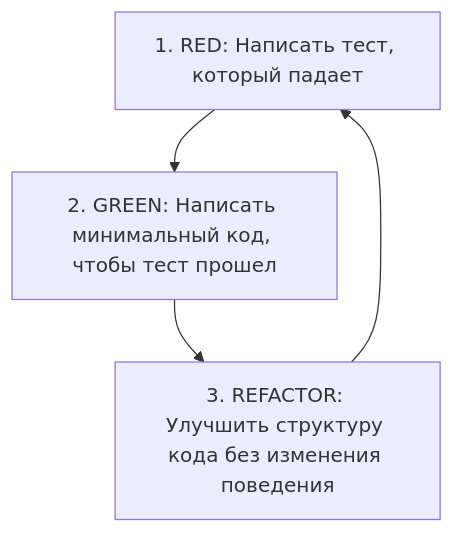
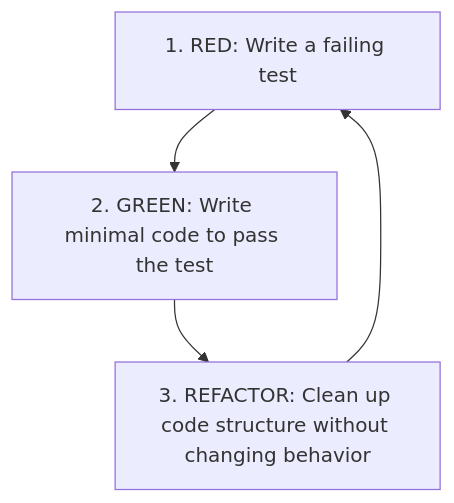
The diagram in .antigravitycli/styles/testing_style.md (Sir-Derryk/Pipeline), drawn with Mermaid before and after one commit. The commit also changed other lines of this file and 6 other files, not shown here.

````diff
--- a/.antigravitycli/styles/testing_style.md
+++ b/.antigravitycli/styles/testing_style.md
@@ -15,6 +15,6 @@
 ```mermaid
 graph TD
-    RED[1. RED: Написать тест, который падает] --> GREEN[2. GREEN: Написать минимальный код, чтобы тест прошел]
-    GREEN --> REFACTOR[3. REFACTOR: Улучшить структуру кода без изменения поведения]
+    RED["1. RED: Write a failing test"] --> GREEN["2. GREEN: Write minimal code to pass the test"]
+    GREEN --> REFACTOR["3. REFACTOR: Clean up code structure without changing behavior"]
     REFACTOR --> RED
 ```
````
